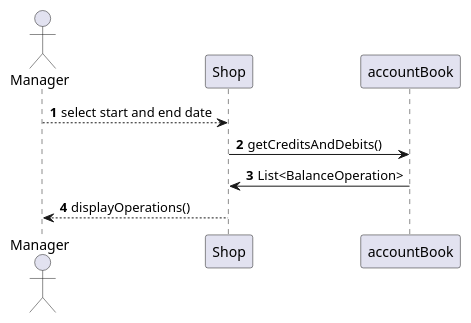
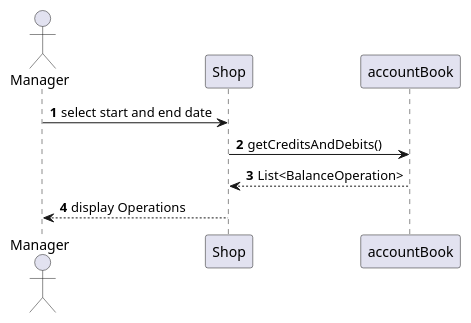
Before and after one commit to b3xul/ezshop: diagram 17 of 17 in Deliverables/DesignDocument.md, drawn with PlantUML. The commit also changed other lines of this file, not shown here.

Commit message:
updated sequences

````diff
--- a/Deliverables/DesignDocument.md
+++ b/Deliverables/DesignDocument.md
@@ -597,15 +581,15 @@
 ```plantuml
 @startuml
 
 actor Manager 
 participant Shop
 participant accountBook
 
 autonumber
-Manager --> Shop : select start and end date
+Manager -> Shop : select start and end date
 Shop -> accountBook: getCreditsAndDebits()
-accountBook -> Shop: List<BalanceOperation>
-Shop --> Manager: displayOperations()
+accountBook --> Shop: List<BalanceOperation>
+Shop --> Manager: display Operations
 
 @enduml
 ```
````
